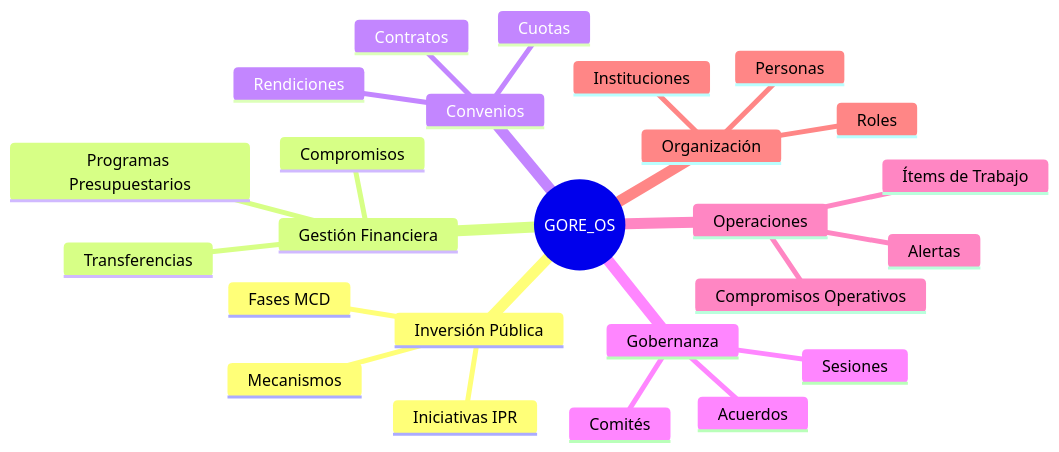
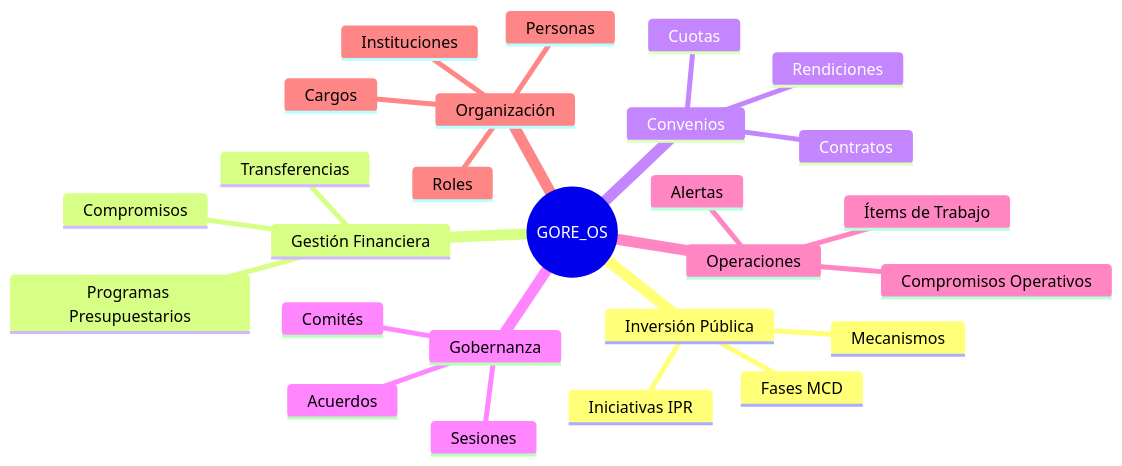
Before and after one commit to felix-antonio-sl/gore_os: the first of 9 diagrams in model/model_goreos/docs/GOREOS_CONCEPTUAL_MODEL.md, drawn with Mermaid. The commit also changed other lines of this file and 2334 other files, not shown here.

````diff
--- a/model/model_goreos/docs/GOREOS_CONCEPTUAL_MODEL.md
+++ b/model/model_goreos/docs/GOREOS_CONCEPTUAL_MODEL.md
@@ -12,28 +12,29 @@
 ```mermaid
 mindmap
   root((GORE_OS))
     Inversión Pública
       Iniciativas IPR
       Mecanismos
       Fases MCD
     Gestión Financiera
       Programas Presupuestarios
       Compromisos
       Transferencias
     Convenios
       Contratos
       Cuotas
       Rendiciones
     Gobernanza
       Comités
       Sesiones
       Acuerdos
     Operaciones
       Ítems de Trabajo
       Compromisos Operativos
       Alertas
     Organización
       Instituciones
       Personas
+      Cargos
       Roles
 ```
````
